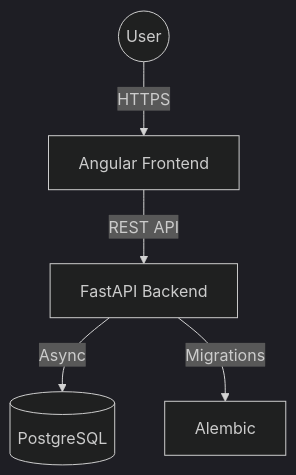
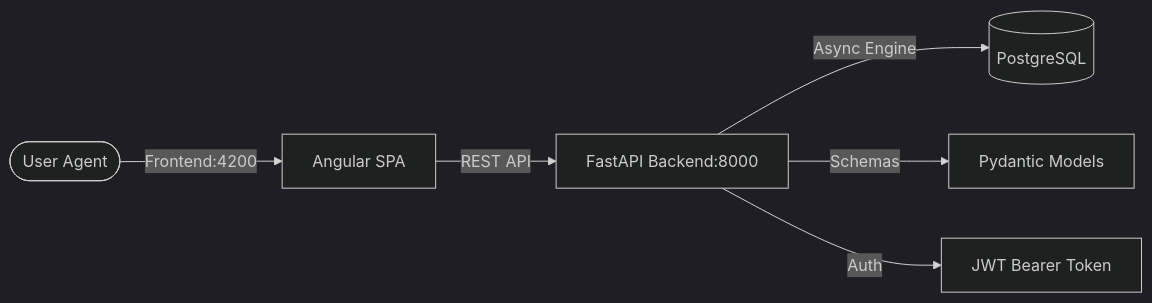
The diagram in README.md (Alejooc/lumefy), drawn with Mermaid (dark theme) before and after one commit. The commit also changed other lines of this file, not shown here.

````diff
--- a/README.md
+++ b/README.md
@@ -46,7 +46,8 @@
 ```mermaid
-graph TD
-    User((User)) -->|HTTPS| Frontend[Angular Frontend]
-    Frontend -->|REST API| Backend[FastAPI Backend]
-    Backend -->|Async| DB[(PostgreSQL)]
-    Backend -->|Migrations| Alembic
+graph LR
+    User([User Agent]) -->|Frontend:4200| Angular[Angular SPA]
+    Angular -->|REST API| FastAPI[FastAPI Backend:8000]
+    FastAPI -->|Async Engine| Postgres[(PostgreSQL)]
+    FastAPI -->|Schemas| Pydantic[Pydantic Models]
+    FastAPI -->|Auth| JWT[JWT Bearer Token]
 ```
````
